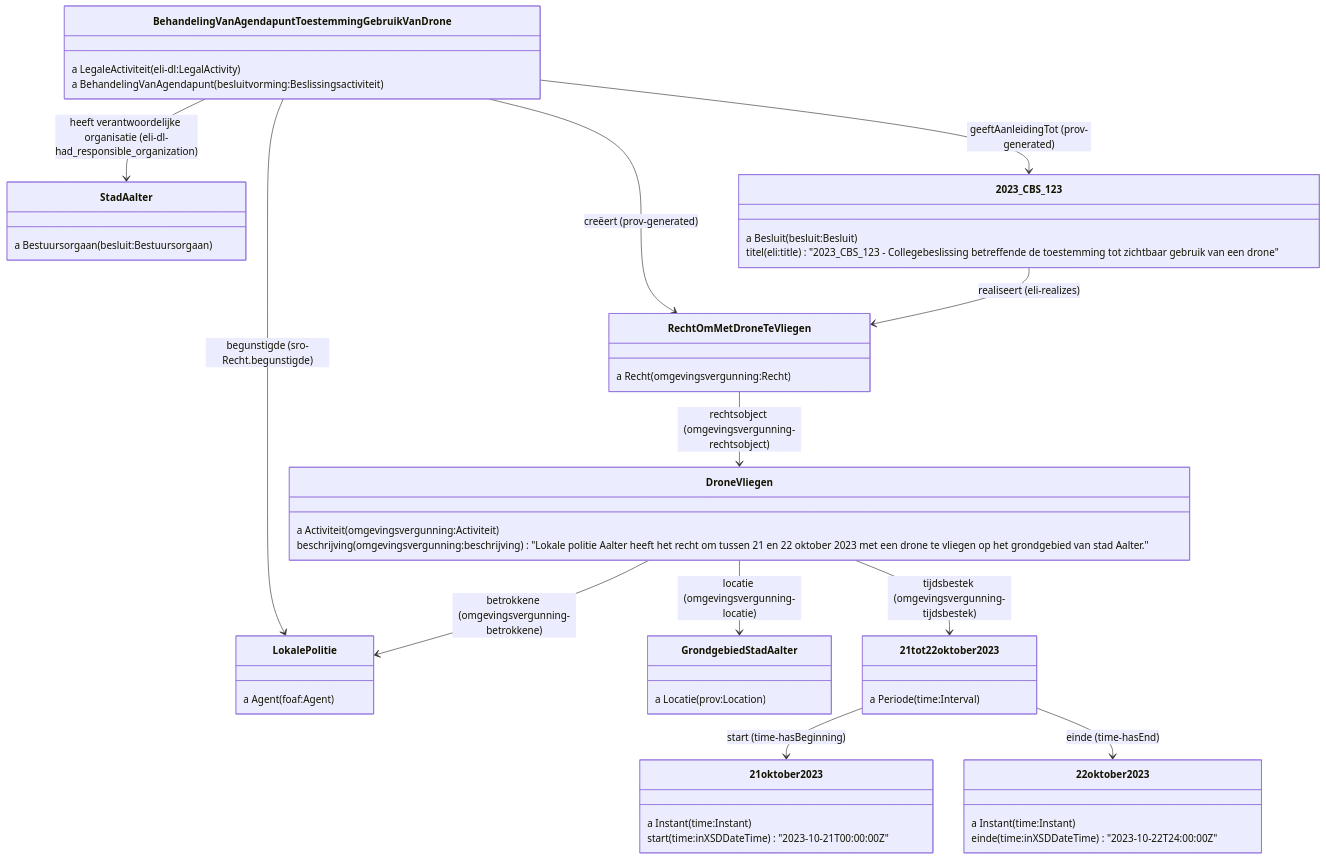
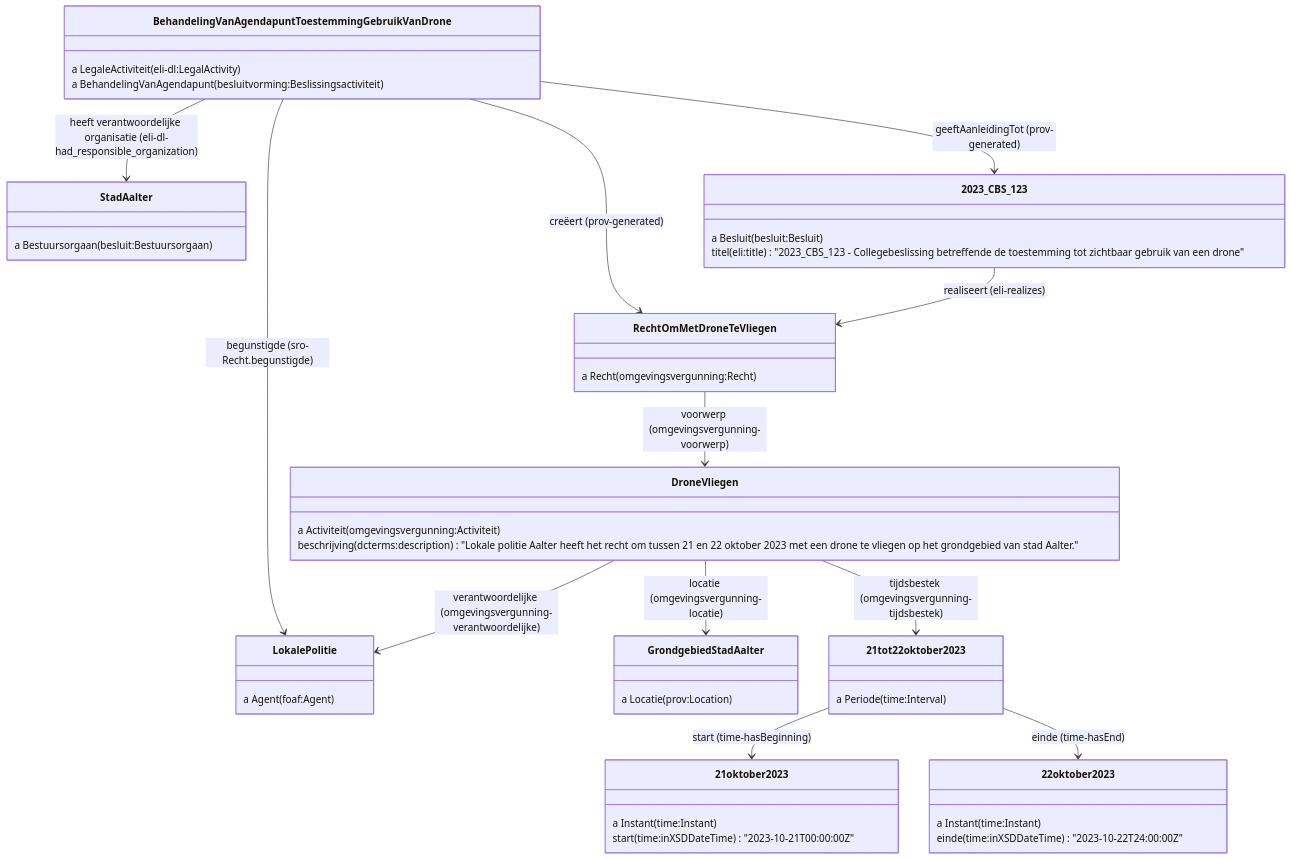
Diagram 11 of 19 in README.md (Informatievlaanderen/OSLOthema-slimmeRaadpleegOmgeving), drawn with Mermaid before and after one commit.

Commit message:
Update omgevingsvergunning

````diff
--- a/README.md
+++ b/README.md
@@ -413,61 +413,61 @@
 ```mermaid
 classDiagram
 BehandelingVanAgendapuntToestemmingGebruikVanDrone --> StadAalter: heeft verantwoordelijke organisatie (eli-dl-had_responsible_organization)
 BehandelingVanAgendapuntToestemmingGebruikVanDrone --> LokalePolitie: begunstigde (sro-Recht.begunstigde)
 BehandelingVanAgendapuntToestemmingGebruikVanDrone --> RechtOmMetDroneTeVliegen: creëert (prov-generated)
 BehandelingVanAgendapuntToestemmingGebruikVanDrone --> 2023_CBS_123: geeftAanleidingTot (prov-generated)
 
 class BehandelingVanAgendapuntToestemmingGebruikVanDrone {
  a LegaleActiviteit (eli-dl:LegalActivity)
  a BehandelingVanAgendapunt (besluitvorming:Beslissingsactiviteit)
 }
 
 class RechtOmMetDroneTeVliegen {
  a Recht (omgevingsvergunning:Recht)
 }
 
 class StadAalter {
  a Bestuursorgaan (besluit:Bestuursorgaan)
 }
 
 class LokalePolitie {
  a Agent (foaf:Agent)
 }
 
 class DroneVliegen {
  a Activiteit (omgevingsvergunning:Activiteit)
- beschrijving (omgevingsvergunning:beschrijving) "Lokale politie Aalter heeft het recht om tussen 21 en 22 oktober 2023 met een drone te vliegen op het grondgebied van stad Aalter."
+ beschrijving (dcterms:description) "Lokale politie Aalter heeft het recht om tussen 21 en 22 oktober 2023 met een drone te vliegen op het grondgebied van stad Aalter."
 }
 
 2023_CBS_123 --> RechtOmMetDroneTeVliegen: realiseert (eli-realizes)
 
-RechtOmMetDroneTeVliegen --> DroneVliegen: rechtsobject (omgevingsvergunning-rechtsobject)
-DroneVliegen --> LokalePolitie: betrokkene (omgevingsvergunning-betrokkene)
+RechtOmMetDroneTeVliegen --> DroneVliegen: voorwerp (omgevingsvergunning-voorwerp)
+DroneVliegen --> LokalePolitie: verantwoordelijke (omgevingsvergunning-verantwoordelijke)
 DroneVliegen --> GrondgebiedStadAalter: locatie (omgevingsvergunning-locatie)
 DroneVliegen --> 21tot22oktober2023: tijdsbestek (omgevingsvergunning-tijdsbestek)
 
 class 2023_CBS_123 {
  a Besluit (besluit:Besluit)
  titel (eli:title) "2023_CBS_123 - Collegebeslissing betreffende de toestemming tot zichtbaar gebruik van een drone"
 }
 
 class GrondgebiedStadAalter {
   a Locatie (prov:Location)
 }
 
 class 21tot22oktober2023 {
  a Periode (time:Interval)
 }
 
 class 21oktober2023 {
  a Instant (time:Instant)
  start (time:inXSDDateTime) "2023-10-21T00:00:00Z"
 }
 
 class 22oktober2023 {
  a Instant (time:Instant)
  einde (time:inXSDDateTime) "2023-10-22T24:00:00Z"
 }
 21tot22oktober2023 --> 21oktober2023: start (time-hasBeginning)
 21tot22oktober2023 --> 22oktober2023: einde (time-hasEnd)
 ```
````
